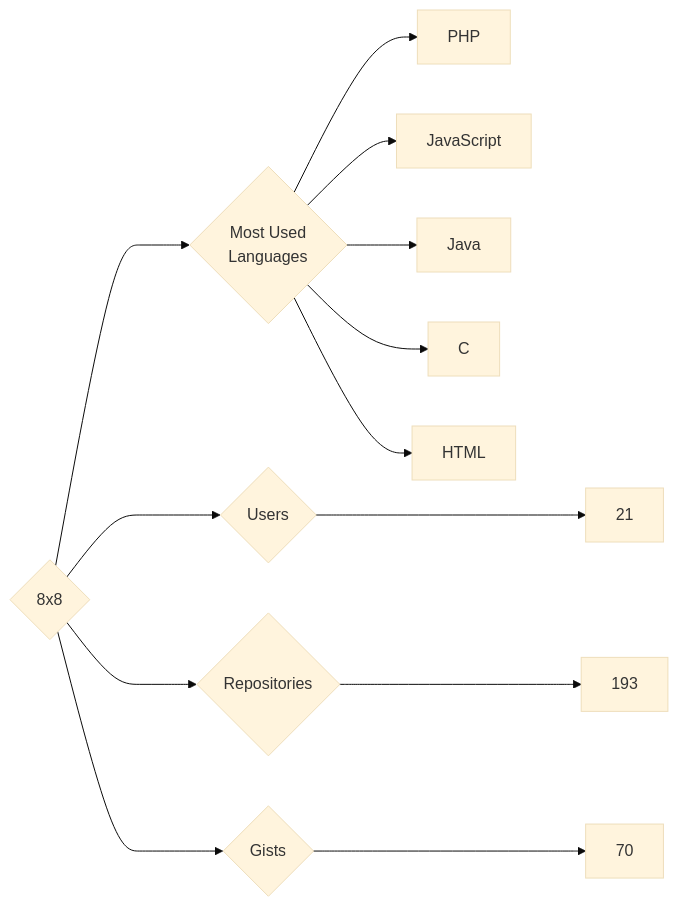
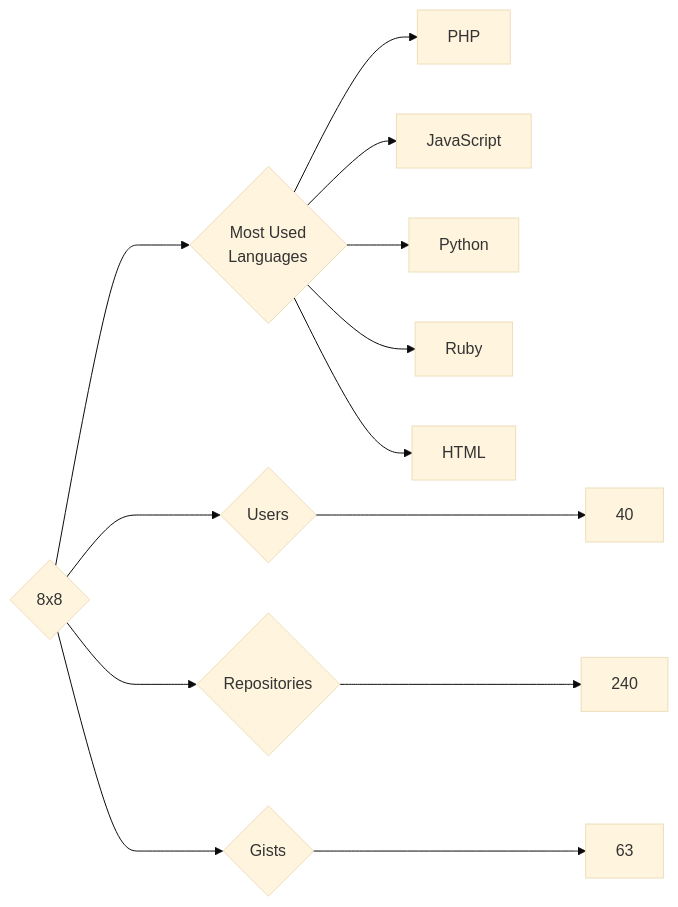
The diagram in targets/8x8/README.md (trickest/insiders), drawn with Mermaid (base theme) before and after one commit. The commit also changed 614 other files, not shown here.

````diff
--- a/targets/8x8/README.md
+++ b/targets/8x8/README.md
@@ -3,13 +3,13 @@
 ```mermaid
 graph LR
 COMPANY_NAME{8x8}
-COMPANY_NAME ---> U{Users} ---> UN[21]
-COMPANY_NAME ---> R{Repositories} ---> RN[193]
-COMPANY_NAME ---> G{Gists} ---> GN[70]
+COMPANY_NAME ---> U{Users} ---> UN[40]
+COMPANY_NAME ---> R{Repositories} ---> RN[240]
+COMPANY_NAME ---> G{Gists} ---> GN[63]
 COMPANY_NAME ---> ML{Most Used<br>Languages}
 ML --> PHP[PHP]
 ML --> JavaScript[JavaScript]
-ML --> Java[Java]
-ML --> C[C]
+ML --> Python[Python]
+ML --> Ruby[Ruby]
 ML --> HTML[HTML]
 ```
````
